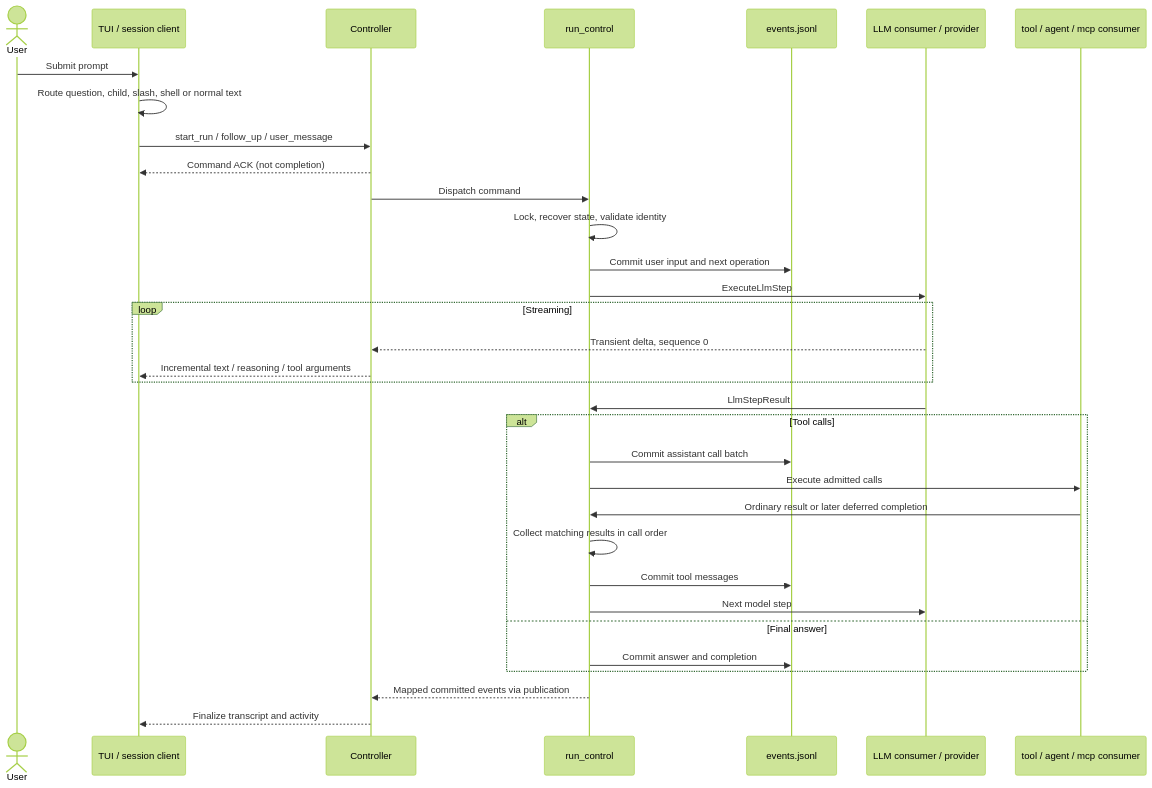
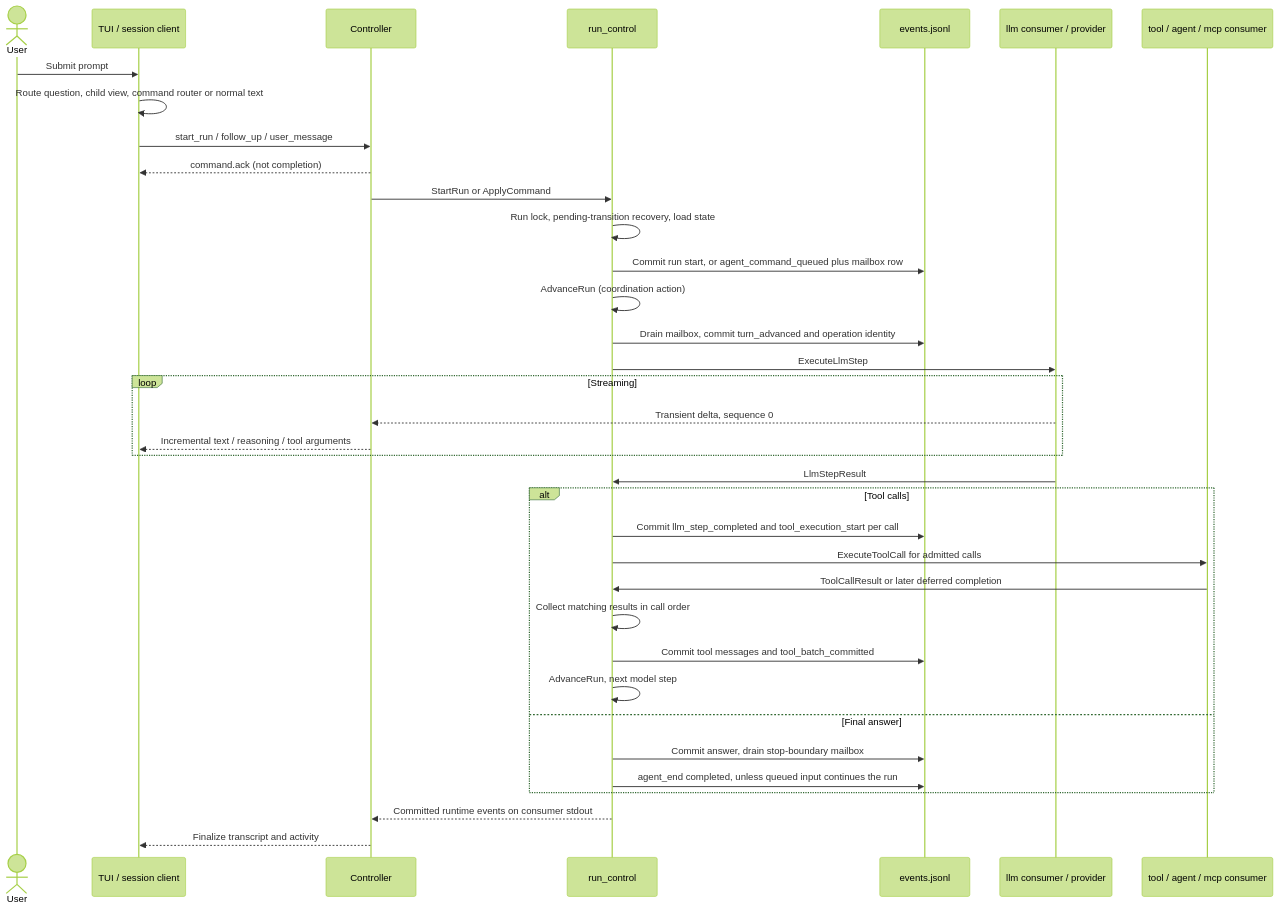
Before and after one commit to ineersa/agent-core: the first of 3 diagrams in architecture/request-lifecycle.md, drawn with Mermaid (forest theme). The commit also changed other lines of this file and 86 other files, not shown here.

First line of the commit message:
Fix documentation drift and expand architecture diagrams

````diff
--- a/architecture/request-lifecycle.md
+++ b/architecture/request-lifecycle.md
@@ -7,35 +7,38 @@
 ```mermaid
 sequenceDiagram
     actor User
     participant TUI as TUI / session client
     participant Controller
     participant RC as run_control
     participant Log as events.jsonl
-    participant LLM as LLM consumer / provider
+    participant LLM as llm consumer / provider
     participant Tool as tool / agent / mcp consumer
     User->>TUI: Submit prompt
-    TUI->>TUI: Route question, child, slash, shell or normal text
+    TUI->>TUI: Route question, child view, command router or normal text
     TUI->>Controller: start_run / follow_up / user_message
-    Controller-->>TUI: Command ACK (not completion)
-    Controller->>RC: Dispatch command
-    RC->>RC: Lock, recover state, validate identity
-    RC->>Log: Commit user input and next operation
+    Controller-->>TUI: command.ack (not completion)
+    Controller->>RC: StartRun or ApplyCommand
+    RC->>RC: Run lock, pending-transition recovery, load state
+    RC->>Log: Commit run start, or agent_command_queued plus mailbox row
+    RC->>RC: AdvanceRun (coordination action)
+    RC->>Log: Drain mailbox, commit turn_advanced and operation identity
     RC->>LLM: ExecuteLlmStep
     loop Streaming
         LLM-->>Controller: Transient delta, sequence 0
         Controller-->>TUI: Incremental text / reasoning / tool arguments
     end
     LLM->>RC: LlmStepResult
     alt Tool calls
-        RC->>Log: Commit assistant call batch
-        RC->>Tool: Execute admitted calls
-        Tool->>RC: Ordinary result or later deferred completion
+        RC->>Log: Commit llm_step_completed and tool_execution_start per call
+        RC->>Tool: ExecuteToolCall for admitted calls
+        Tool->>RC: ToolCallResult or later deferred completion
         RC->>RC: Collect matching results in call order
-        RC->>Log: Commit tool messages
-        RC->>LLM: Next model step
+        RC->>Log: Commit tool messages and tool_batch_committed
+        RC->>RC: AdvanceRun, next model step
     else Final answer
-        RC->>Log: Commit answer and completion
+        RC->>Log: Commit answer, drain stop-boundary mailbox
+        RC->>Log: agent_end completed, unless queued input continues the run
     end
-    RC-->>Controller: Mapped committed events via publication
+    RC-->>Controller: Committed runtime events on consumer stdout
     Controller-->>TUI: Finalize transcript and activity
 ```
````
